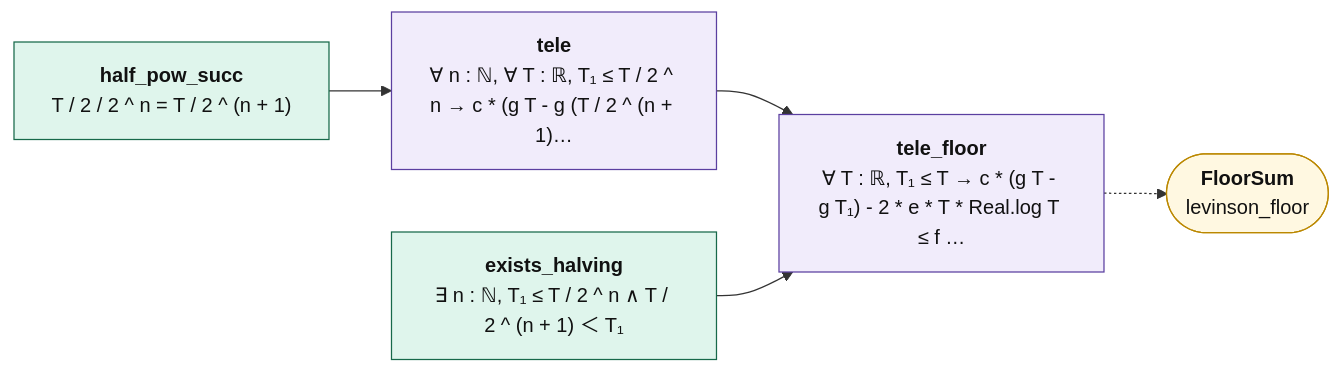
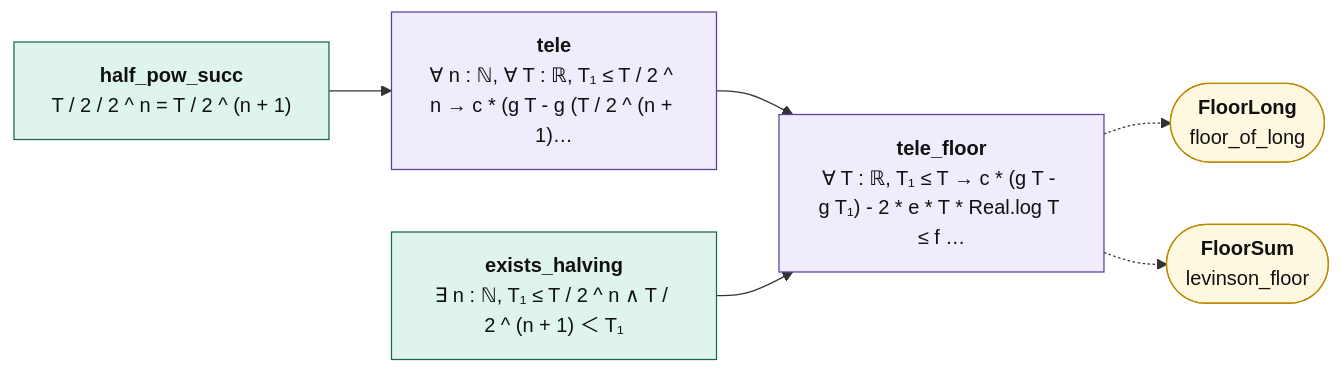
The diagram in map/lean_stage3/FloorSumTele.md (juliansambranojr/Primebeat_081426), drawn with Mermaid before and after one commit. The commit also changed other lines of this file and 64 other files, not shown here.

````diff
--- a/map/lean_stage3/FloorSumTele.md
+++ b/map/lean_stage3/FloorSumTele.md
@@ -14,20 +14,22 @@
 ```mermaid
 flowchart LR
   n0["<b>half_pow_succ</b><br/>T / 2 / 2 ^ n = T / 2 ^ (n + 1)"]:::cnt
   n1["<b>tele</b><br/>∀ n : ℕ, ∀ T : ℝ, T₁ ≤ T / 2 ^ n → c * (g T - g (T / 2 ^ (n + 1)…"]:::shp
   n2["<b>exists_halving</b><br/>∃ n : ℕ, T₁ ≤ T / 2 ^ n ∧ T / 2 ^ (n + 1) ＜ T₁"]:::cnt
   n3["<b>tele_floor</b><br/>∀ T : ℝ, T₁ ≤ T → c * (g T - g T₁) - 2 * e * T * Real.log T ≤ f …"]:::shp
-  x0(["<b>FloorSum</b><br/>levinson_floor"]):::ext
+  x0(["<b>FloorLong</b><br/>floor_of_long"]):::ext
+  x1(["<b>FloorSum</b><br/>levinson_floor"]):::ext
   n0 --> n1
   n1 --> n3
   n2 --> n3
   n3 -.-> x0
+  n3 -.-> x1
   classDef cnt fill:#dff5ec,stroke:#17694a,color:#111
   classDef shp fill:#f1ecfb,stroke:#5b3fa0,color:#111
   classDef rh fill:#ffe5e5,stroke:#c22,color:#111,stroke-width:2px
   classDef thm fill:#eef4ff,stroke:#335,color:#111
   classDef end_ fill:#e7f7e7,stroke:#2a7,color:#111,stroke-width:2px
   classDef lone fill:#fff,stroke:#999,color:#111,stroke-dasharray:4 3
   classDef bad fill:#ffe5e5,stroke:#c22,color:#111,stroke-width:2px
   classDef ext fill:#fff8e1,stroke:#b80,color:#111
 ```
````
